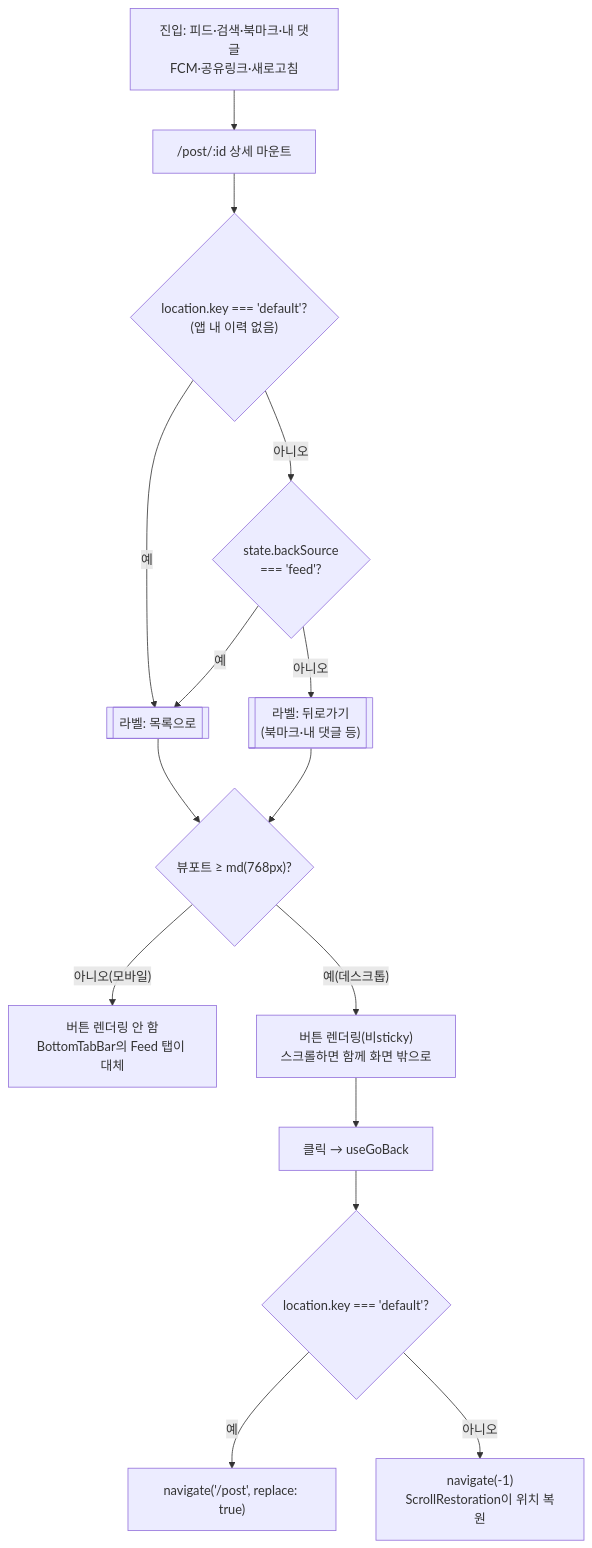
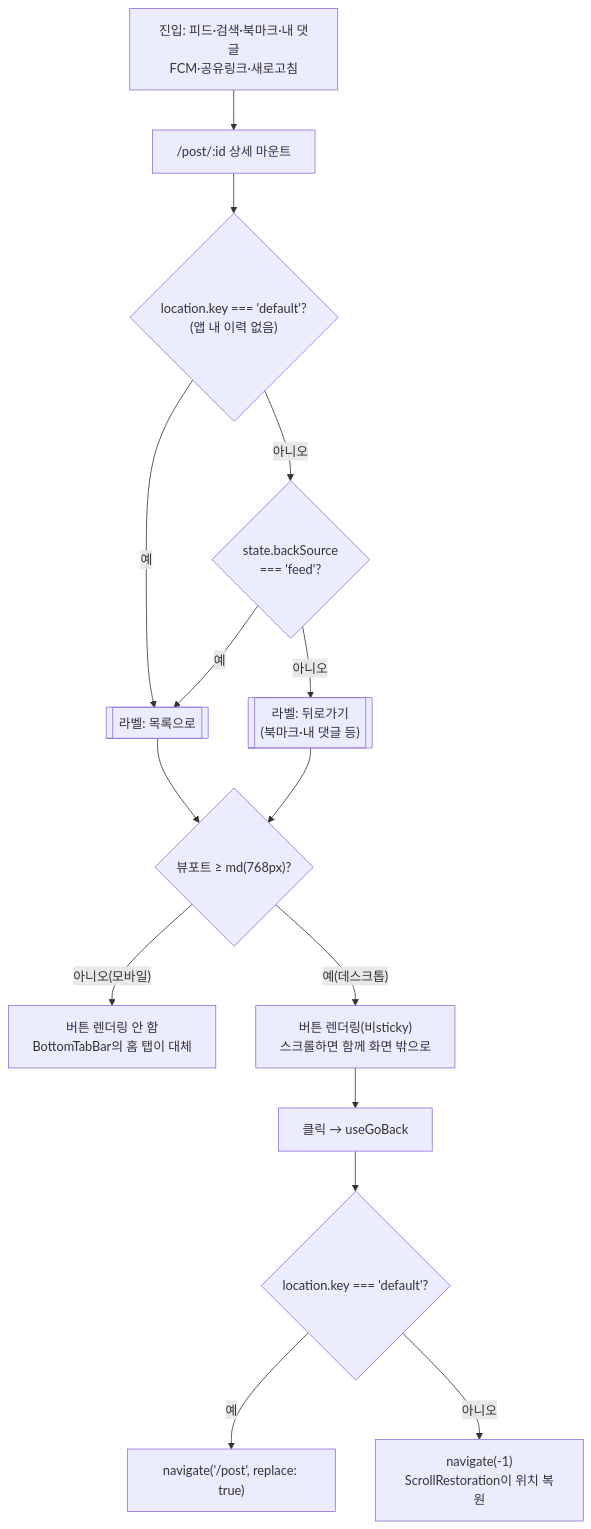
The diagram in docs/POST-DETAIL-BACK-NAVIGATION.md (BAECHAN/link-sphere_FE_NEW), drawn with Mermaid before and after one commit. The commit also changed other lines of this file and 18 other files, not shown here.

````diff
--- a/docs/POST-DETAIL-BACK-NAVIGATION.md
+++ b/docs/POST-DETAIL-BACK-NAVIGATION.md
@@ -36,17 +36,17 @@
 ```mermaid
 flowchart TD
   A["진입: 피드·검색·북마크·내 댓글<br/>FCM·공유링크·새로고침"] --> B["/post/:id 상세 마운트"]
   B --> C{"location.key === 'default'?<br/>(앱 내 이력 없음)"}
   C -->|"예"| D[["라벨: 목록으로"]]
   C -->|"아니오"| E{"state.backSource<br/>=== 'feed'?"}
   E -->|"예"| D
   E -->|"아니오"| F[["라벨: 뒤로가기<br/>(북마크·내 댓글 등)"]]
   D --> G{"뷰포트 ≥ md(768px)?"}
   F --> G
-  G -->|"아니오(모바일)"| H["버튼 렌더링 안 함<br/>BottomTabBar의 Feed 탭이 대체"]
+  G -->|"아니오(모바일)"| H["버튼 렌더링 안 함<br/>BottomTabBar의 홈 탭이 대체"]
   G -->|"예(데스크톱)"| I["버튼 렌더링(비sticky)<br/>스크롤하면 함께 화면 밖으로"]
   I --> J["클릭 → useGoBack"]
   J --> K{"location.key === 'default'?"}
   K -->|"예"| L["navigate('/post', replace: true)"]
   K -->|"아니오"| M["navigate(-1)<br/>ScrollRestoration이 위치 복원"]
 ```
````
